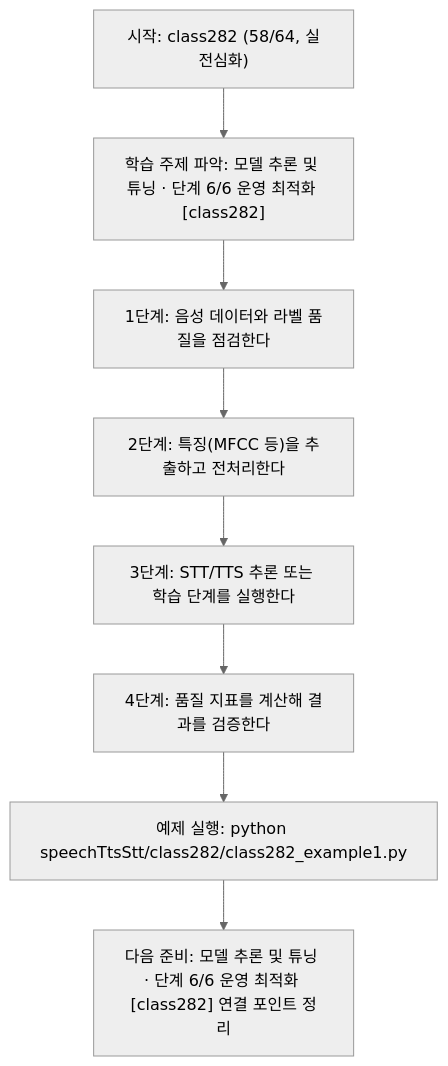
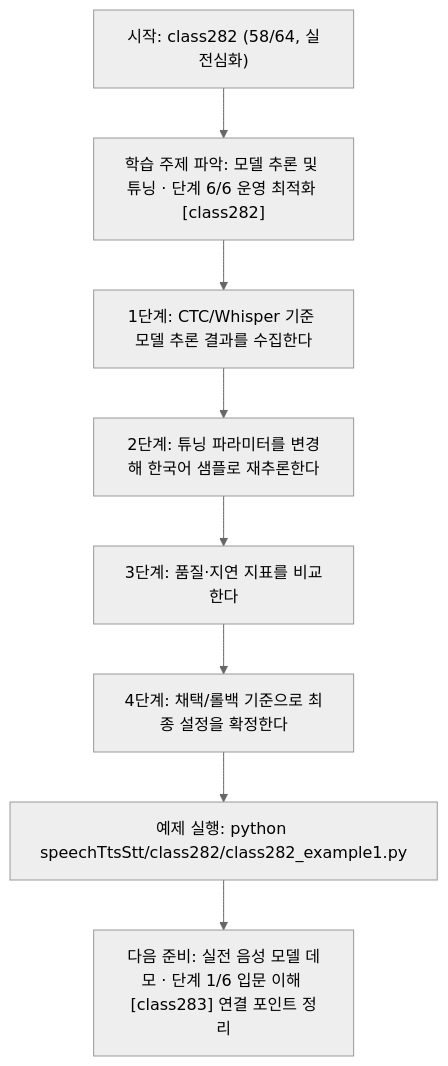
The diagram in speechTtsStt/class282/class282.md (edumgt/Python-AI_Agent-Class), drawn with Mermaid (neutral theme) before and after one commit. The commit also changed other lines of this file and 1122 other files, not shown here.

````diff
--- a/speechTtsStt/class282/class282.md
+++ b/speechTtsStt/class282/class282.md
@@ -114,18 +95,18 @@
 ```mermaid
 flowchart TD
 N1["시작: class282 (58/64, 실전심화)"]
 N2["학습 주제 파악: 모델 추론 및 튜닝 · 단계 6/6 운영 최적화 [class282]"]
-N3["1단계: 음성 데이터와 라벨 품질을 점검한다"]
-N4["2단계: 특징(MFCC 등)을 추출하고 전처리한다"]
-N5["3단계: STT/TTS 추론 또는 학습 단계를 실행한다"]
-N6["4단계: 품질 지표를 계산해 결과를 검증한다"]
+N3["1단계: CTC/Whisper 기준 모델 추론 결과를 수집한다"]
+N4["2단계: 튜닝 파라미터를 변경해 한국어 샘플로 재추론한다"]
+N5["3단계: 품질·지연 지표를 비교한다"]
+N6["4단계: 채택/롤백 기준으로 최종 설정을 확정한다"]
 N7["예제 실행: python speechTtsStt/class282/class282_example1.py"]
-N8["다음 준비: 모델 추론 및 튜닝 · 단계 6/6 운영 최적화 [class282] 연결 포인트 정리"]
+N8["다음 준비: 실전 음성 모델 데모 · 단계 1/6 입문 이해 [class283] 연결 포인트 정리"]
 N1 --> N2
 N2 --> N3
 N3 --> N4
 N4 --> N5
 N5 --> N6
 N6 --> N7
 N7 --> N8
 ```
````
